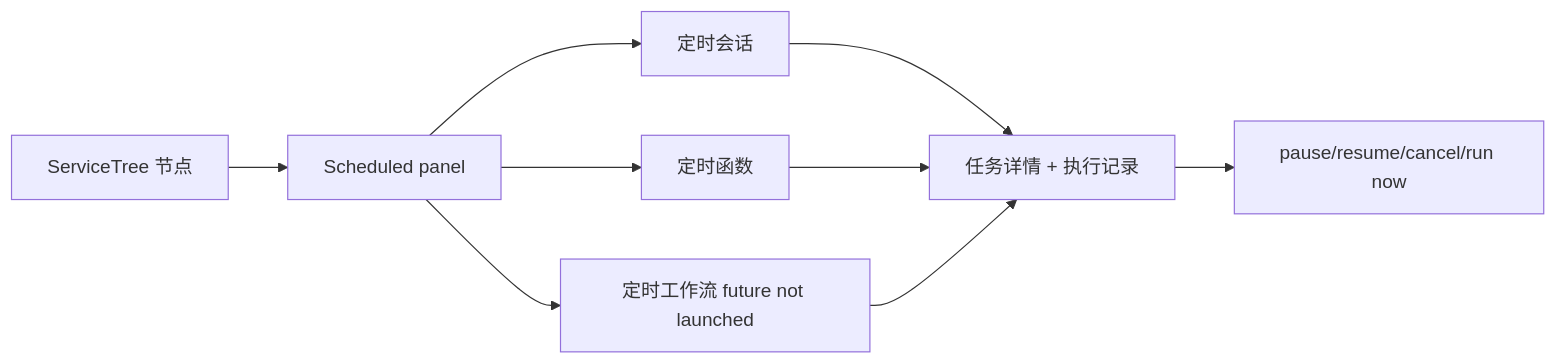
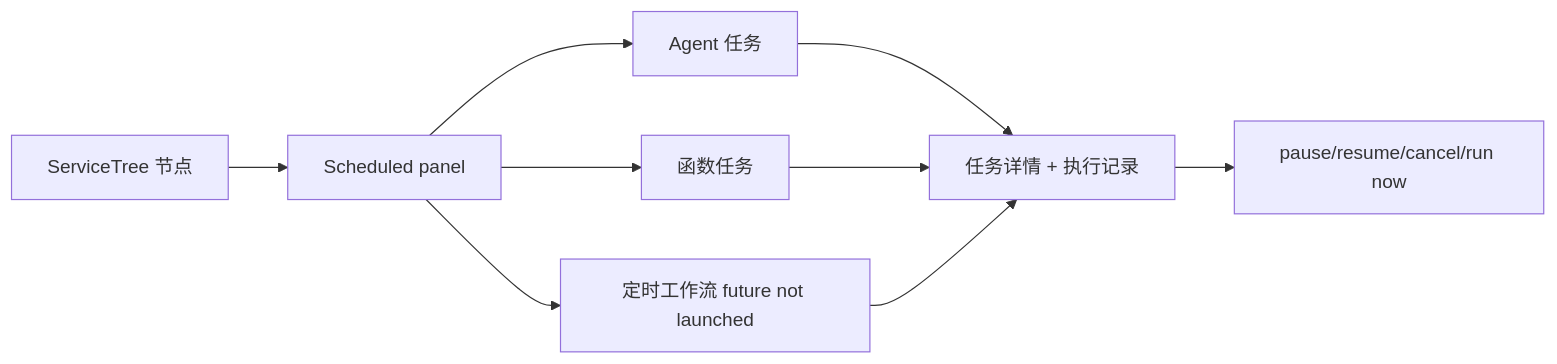
Diagram 19 of 19 in docs/scheduled-tasks-architecture-design.md (kageos/kageos), drawn with Mermaid before and after one commit. The commit also changed other lines of this file and 33 other files, not shown here.

````diff
--- a/docs/scheduled-tasks-architecture-design.md
+++ b/docs/scheduled-tasks-architecture-design.md
@@ -736,11 +736,11 @@
 ```mermaid
 flowchart LR
   Tree["ServiceTree 节点"] --> Panel["Scheduled panel"]
-  Panel --> AgentTab["定时会话"]
-  Panel --> FunctionTab["定时函数"]
+  Panel --> AgentTab["Agent 任务"]
+  Panel --> FunctionTab["函数任务"]
   Panel --> WorkflowTab["定时工作流 future not launched"]
   AgentTab --> Detail["任务详情 + 执行记录"]
   FunctionTab --> Detail
   WorkflowTab --> Detail
   Detail --> Actions["pause/resume/cancel/run now"]
 ```
````
